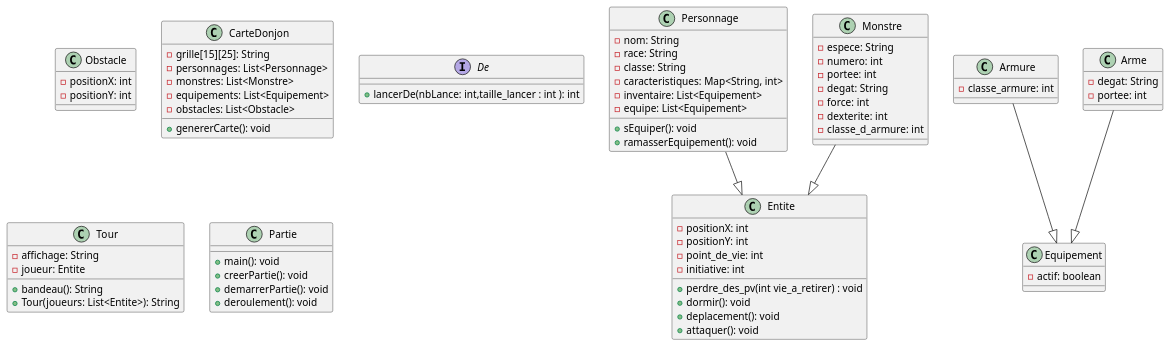
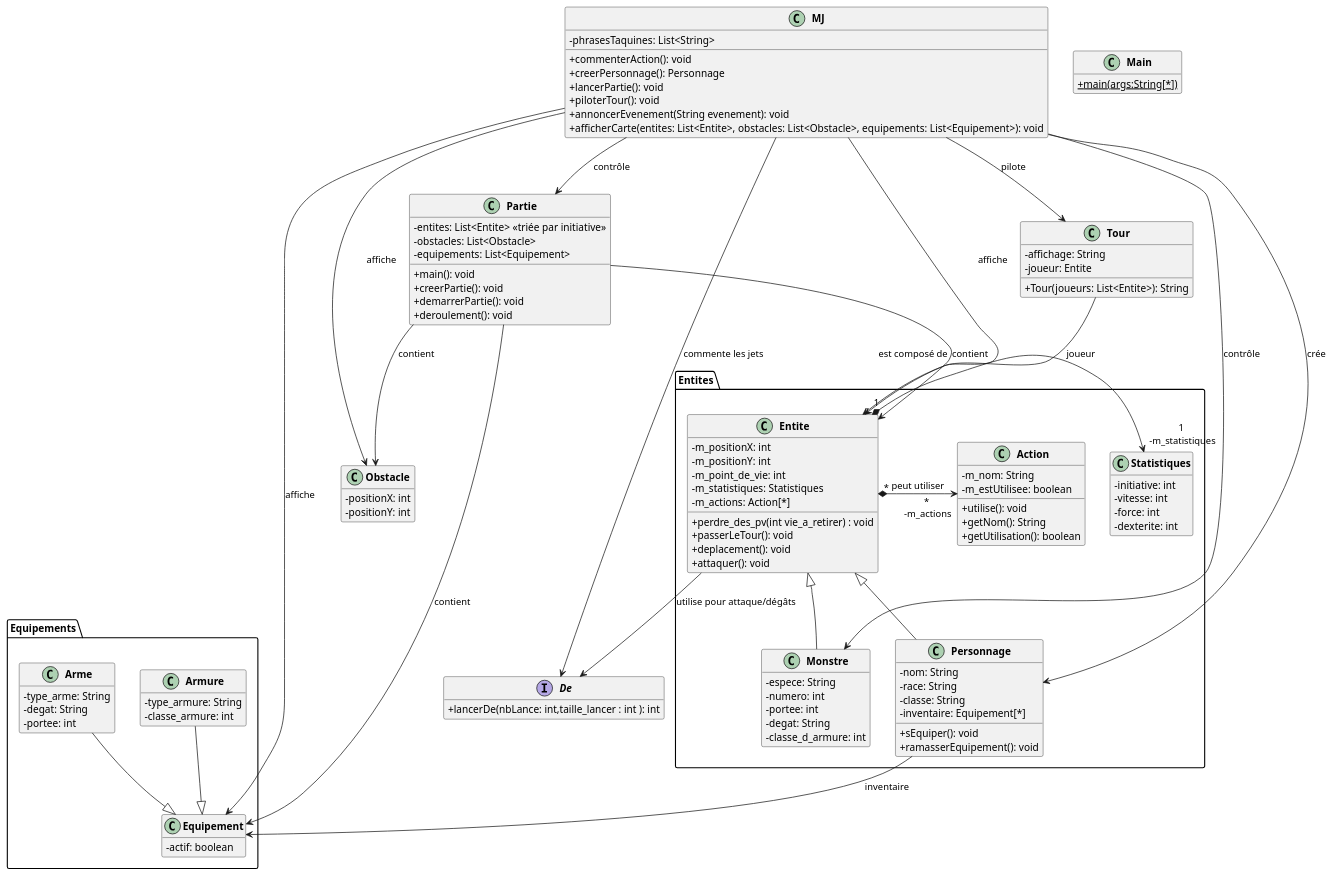
One commit to Lejo54/DnD_POO changed the diagram in uml/semaine1.puml. Above: the diagram before and after it, drawn with PlantUML. The commit also changed other lines of this file, not shown here.

Commit message:
update uml: gros avancement Entite

```diff
--- a/uml/semaine1.puml
+++ b/uml/semaine1.puml
@@ -1,88 +1,133 @@
 @startuml
+skinparam classAttributeIconSize 0
+skinparam classFontStyle Bold
+'skinparam style strictuml
+hide empty members
 
-' Entités de base
-class Entite {
-  - positionX: int
-  - positionY: int
-  - point_de_vie: int
-  - initiative: int
-  + perdre_des_pv(int vie_a_retirer) : void
-  + dormir(): void
-  + deplacement(): void
-  + attaquer(): void
+class Main
+{
+    +{static} main(args:String[*])
 }
 
-class Personnage {
-  - nom: String
-  - race: String
-  - classe: String
-  - caracteristiques: Map<String, int>
-  - inventaire: List<Equipement>
-  - equipe: List<Equipement>
-  + sEquiper(): void
-  + ramasserEquipement(): void
+package Entites {
+    class Entite {
+      - m_positionX: int
+      - m_positionY: int
+      - m_point_de_vie: int
+      - m_statistiques: Statistiques
+      - m_actions: Action[*]
+      + perdre_des_pv(int vie_a_retirer) : void
+      + passerLeTour(): void
+      + deplacement(): void
+      + attaquer(): void
+    }
+    class Action{
+      - m_nom: String
+      - m_estUtilisee: boolean
+      + utilise(): void
+      + getNom(): String
+      + getUtilisation(): boolean
+    }
+    class Statistiques {
+      - initiative: int
+      - vitesse: int
+      - force: int
+      - dexterite: int
+    }
+
+    class Personnage extends Entite {
+      - nom: String
+      - race: String
+      - classe: String
+      - inventaire: Equipement[*]
+      + sEquiper(): void
+      + ramasserEquipement(): void
+    }
+
+    class Monstre extends Entite{
+      - espece: String
+      - numero: int
+      - portee: int
+      - degat: String
+      - classe_d_armure: int
+    }
+ 'lien Entites
+  Entite "1" *-> "1\n -m_statistiques" Statistiques : est composé de
+  Entite "*" *-> "*\n -m_actions" Action: peut utiliser
 }
 
-class Monstre {
-  - espece: String
-  - numero: int
-  - portee: int
-  - degat: String
-  - force: int
-  - dexterite: int
-  - classe_d_armure: int
-}
-
+package Equipements {
 class Equipement {
   - actif: boolean
 }
 
 class Armure {
+  - type_armure: String
   - classe_armure: int
 }
 
 class Arme {
+  - type_arme: String
   - degat: String
   - portee: int
+}
 }
 
 class Obstacle {
   - positionX: int
   - positionY: int
 }
 
-class CarteDonjon {
-  - grille[15][25]: String
-  - personnages: List<Personnage>
-  - monstres: List<Monstre>
-  - equipements: List<Equipement>
-  - obstacles: List<Obstacle>
-  + genererCarte(): void
-}
-
 interface De {
   + lancerDe(nbLance: int,taille_lancer : int ): int
-
 }
 
 class Tour {
   - affichage: String
   - joueur: Entite
-  + bandeau(): String
   + Tour(joueurs: List<Entite>): String
 }
 
 class Partie {
+  - entites: List<Entite> <<triée par initiative>>
+  - obstacles: List<Obstacle>
+  - equipements: List<Equipement>
   + main(): void
   + creerPartie(): void
   + demarrerPartie(): void
   + deroulement(): void
 }
 
+class MJ {
+  - phrasesTaquines: List<String>
+  + commenterAction(): void
+  + creerPersonnage(): Personnage
+  + lancerPartie(): void
+  + piloterTour(): void
+  + annoncerEvenement(String evenement): void
+  + afficherCarte(entites: List<Entite>, obstacles: List<Obstacle>, equipements: List<Equipement>): void
+}
+
 ' Héritages
-Personnage --|> Entite
-Monstre --|> Entite
 Arme --|> Equipement
 Armure --|> Equipement
 
+' Liens logiques
+MJ --> Personnage : crée
+MJ --> Partie : contrôle
+MJ --> Tour : pilote
+MJ --> Monstre : contrôle
+MJ --> De : commente les jets
+MJ --> Entite : affiche
+MJ --> Obstacle : affiche
+MJ --> Equipement : affiche
+Tour --> Entite : joueur
+Partie --> Entite : contient
+Partie --> Obstacle : contient
+Partie --> Equipement : contient
+Personnage --> Equipement : inventaire
+Entite --> De : utilise pour attaque/dégâts
+
+
+
 @enduml
```
